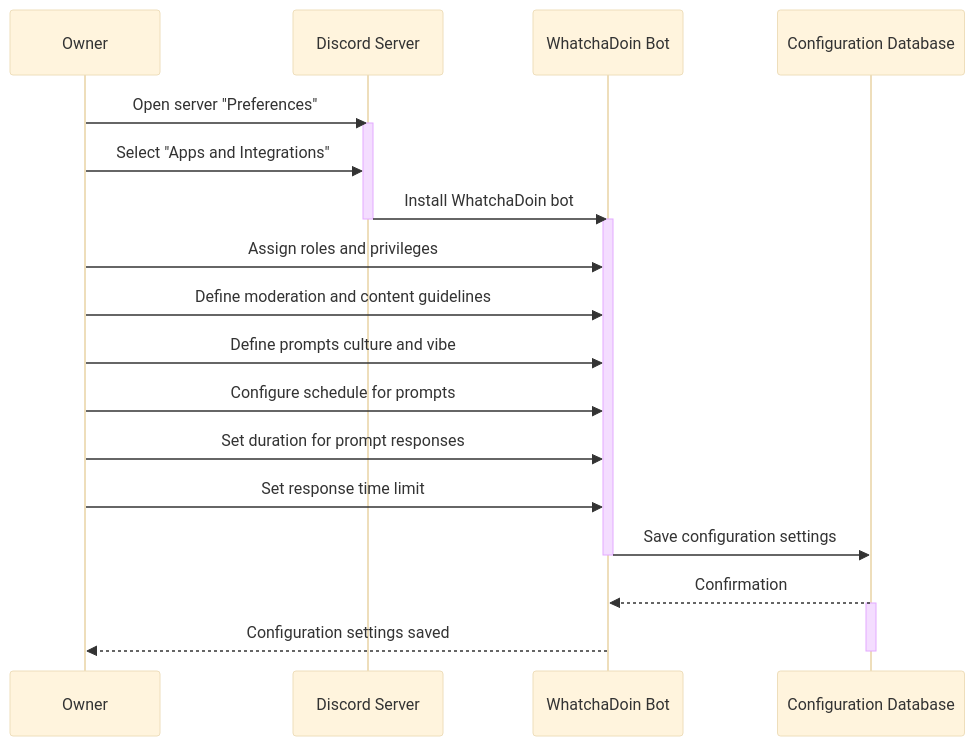
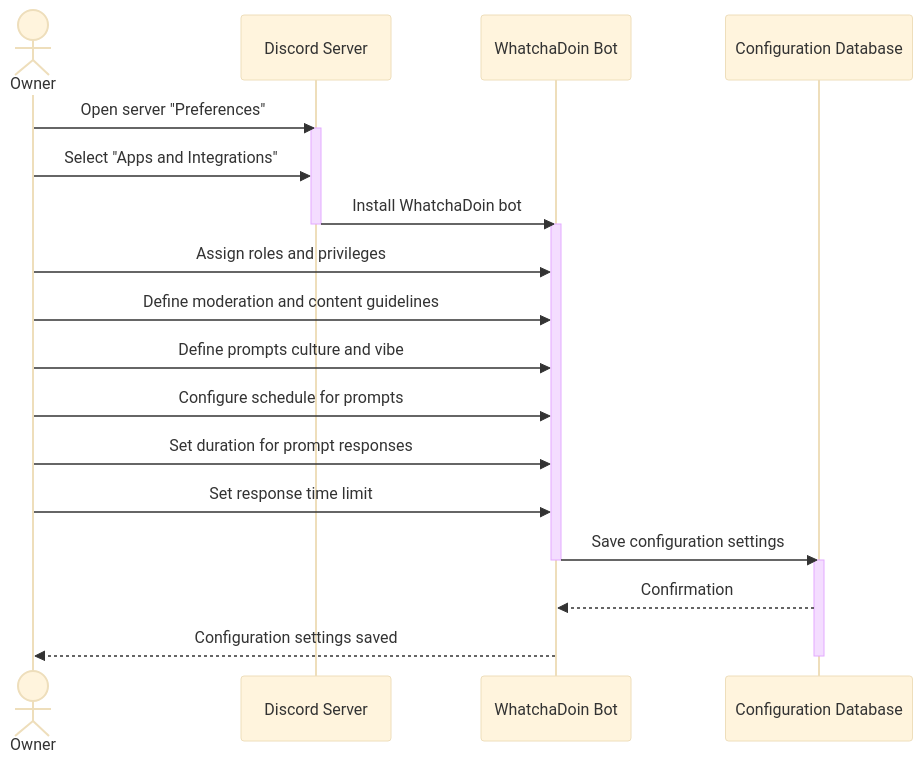
The third of 11 diagrams in documentation/docs/system-architecture/design.md (Capstone-Projects-2023-Fall/project-bereal-meets-slack), drawn with Mermaid (base theme) before and after one commit. The commit also changed other lines of this file, not shown here.

````diff
--- a/documentation/docs/system-architecture/design.md
+++ b/documentation/docs/system-architecture/design.md
@@ -214,28 +214,28 @@
 ```mermaid
 
 sequenceDiagram
-    participant Owner as Owner
+    actor Owner as Owner
     participant Discord as Discord Server
     participant WhatchaDoinBot as WhatchaDoin Bot
     participant Database as Configuration Database
 
     Owner ->> Discord: Open server "Preferences"
     activate Discord
     Owner ->> Discord: Select "Apps and Integrations"
     Discord ->> WhatchaDoinBot: Install WhatchaDoin bot
     deactivate Discord
     activate WhatchaDoinBot
     Owner ->> WhatchaDoinBot: Assign roles and privileges
     Owner ->> WhatchaDoinBot: Define moderation and content guidelines
     Owner ->> WhatchaDoinBot: Define prompts culture and vibe
     Owner ->> WhatchaDoinBot: Configure schedule for prompts
     Owner ->> WhatchaDoinBot: Set duration for prompt responses
     Owner ->> WhatchaDoinBot: Set response time limit
     WhatchaDoinBot ->> Database: Save configuration settings
     deactivate WhatchaDoinBot
+    activate Database
     Database -->> WhatchaDoinBot: Confirmation
-    activate Database
     WhatchaDoinBot -->> Owner: Configuration settings saved
     deactivate Database
 
 ```
````
